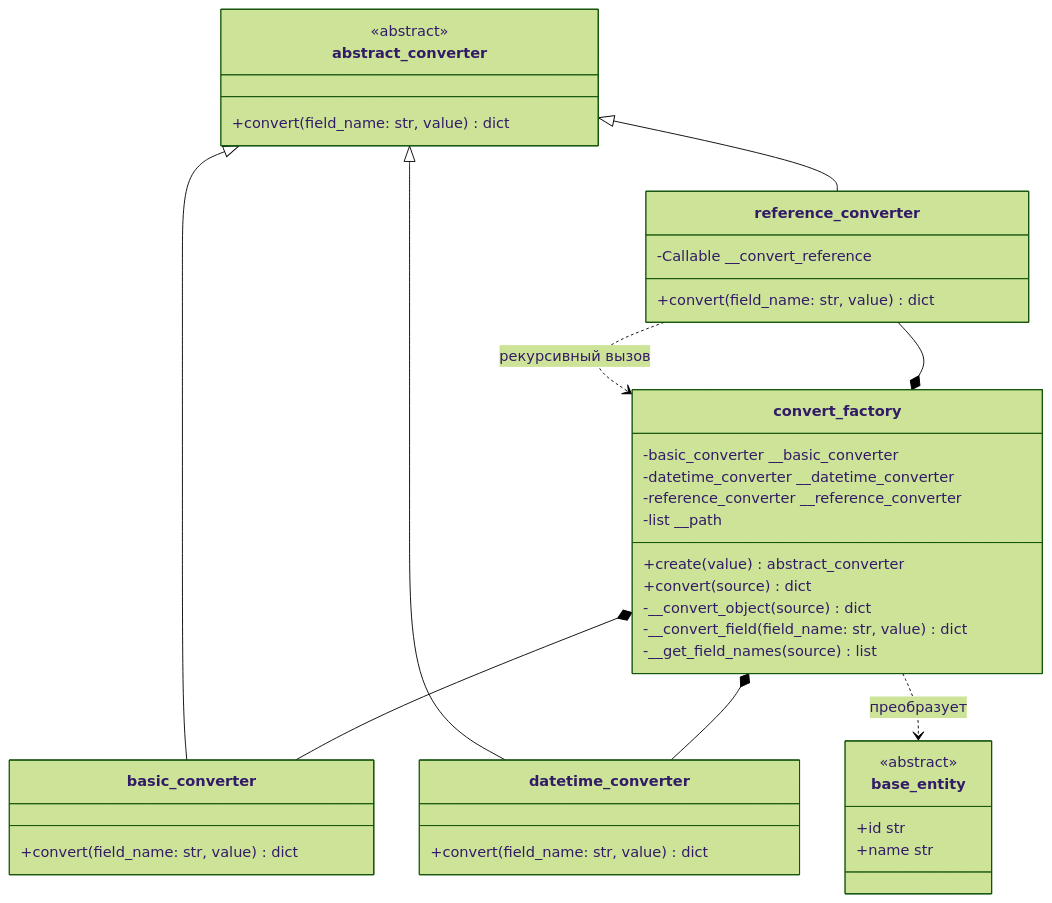
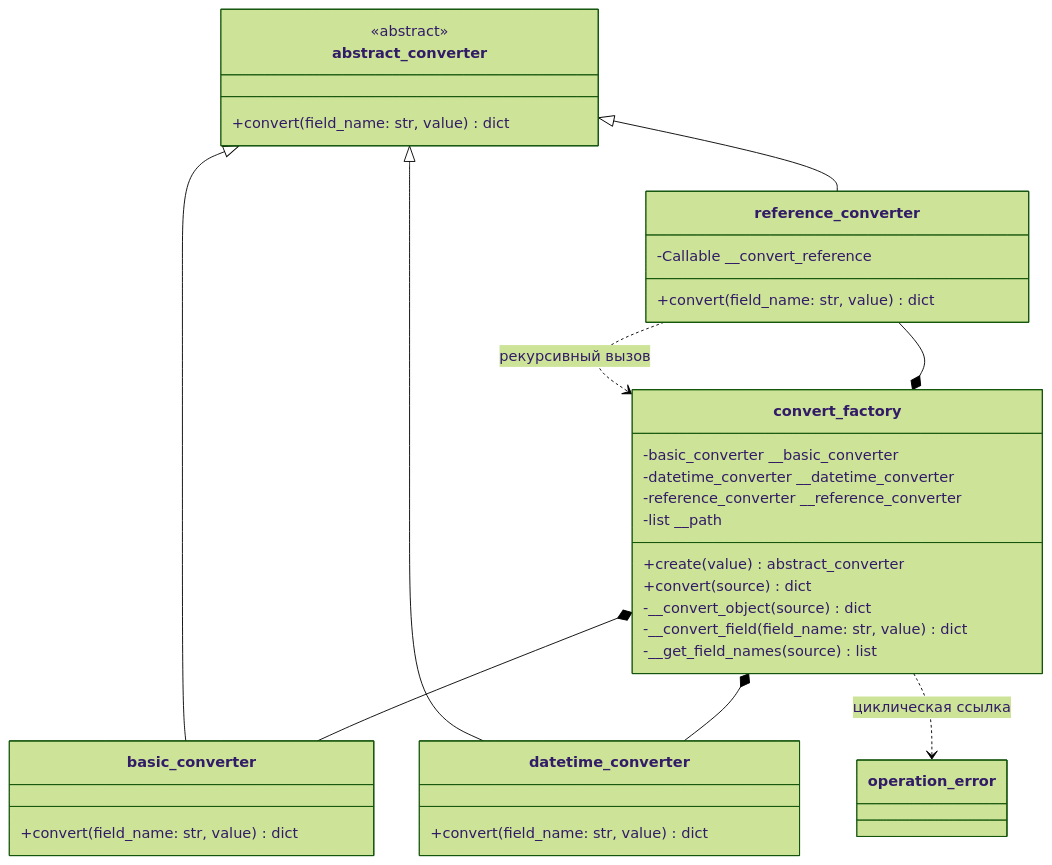
One commit to NikShep21/patterns2026 changed the first of 2 diagrams in Docs/UML/Converters.md. Above: the diagram before and after it, drawn with Mermaid (forest theme). The commit also changed 2 other files, not shown here.

Commit message:
raise an error for cyclic object references

````diff
--- a/Docs/UML/Converters.md
+++ b/Docs/UML/Converters.md
@@ -5,50 +5,46 @@
 ```mermaid
 classDiagram
     direction TB
 
     class abstract_converter {
         <<abstract>>
         +convert(field_name: str, value) dict
     }
 
     class basic_converter {
         +convert(field_name: str, value) dict
     }
 
     class datetime_converter {
         +convert(field_name: str, value) dict
     }
 
     class reference_converter {
         -Callable __convert_reference
         +convert(field_name: str, value) dict
     }
 
     class convert_factory {
         -basic_converter __basic_converter
         -datetime_converter __datetime_converter
         -reference_converter __reference_converter
         -list __path
         +create(value) abstract_converter
         +convert(source) dict
         -__convert_object(source) dict
         -__convert_field(field_name: str, value) dict
         -__get_field_names(source) list
     }
 
-    class base_entity {
-        <<abstract>>
-        +id str
-        +name str
-    }
+    class operation_error
 
     abstract_converter <|-- basic_converter
     abstract_converter <|-- datetime_converter
     abstract_converter <|-- reference_converter
 
     convert_factory *-- basic_converter
     convert_factory *-- datetime_converter
     convert_factory *-- reference_converter
     reference_converter ..> convert_factory : рекурсивный вызов
-    convert_factory ..> base_entity : преобразует
+    convert_factory ..> operation_error : циклическая ссылка
 ```
````
